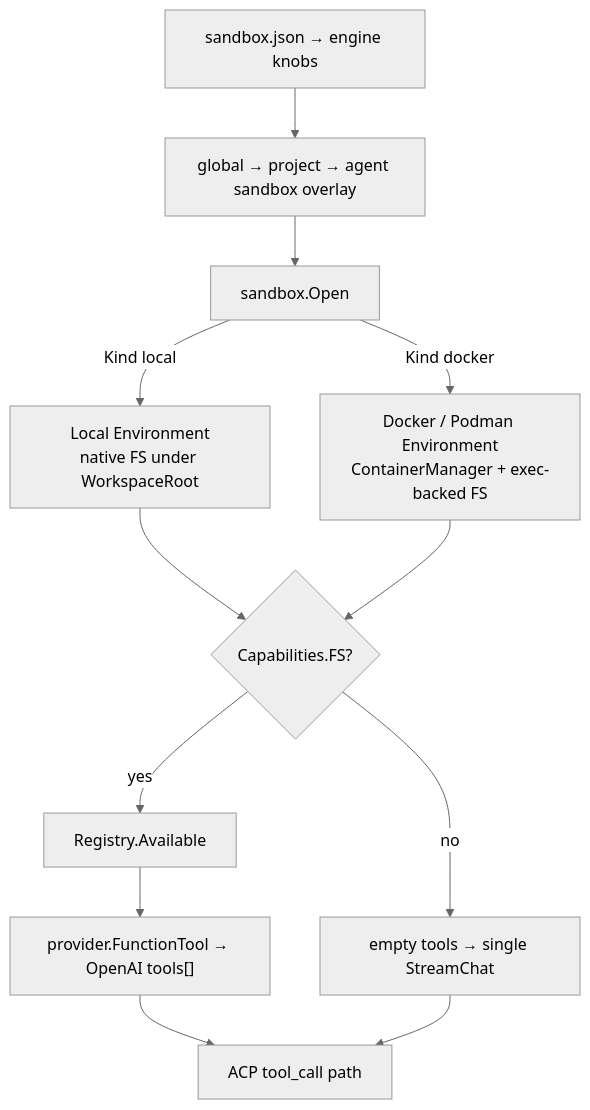
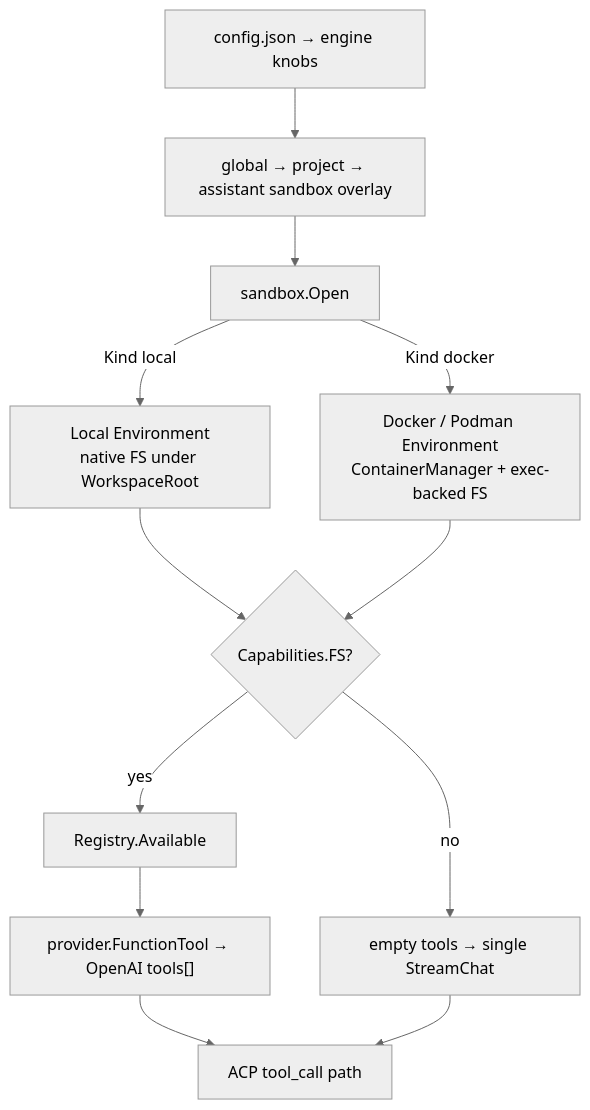
The fifth of 6 diagrams in docs/architecture.md (tryy3/agent-fabric), drawn with Mermaid (neutral theme) before and after one commit. The commit also changed other lines of this file and 149 other files, not shown here.

````diff
--- a/docs/architecture.md
+++ b/docs/architecture.md
@@ -245,14 +245,14 @@
 ```mermaid
 flowchart TB
-  Config["sandbox.json → engine knobs"] --> Overlay["global → project → agent sandbox overlay"]
+  Config["config.json → engine knobs"] --> Overlay["global → project → assistant sandbox overlay"]
   Overlay --> Open["sandbox.Open"]
   Open -->|Kind local| Local["Local Environment<br/>native FS under WorkspaceRoot"]
   Open -->|Kind docker| Docker["Docker / Podman Environment<br/>ContainerManager + exec-backed FS"]
   Local --> Caps{Capabilities.FS?}
   Docker --> Caps
   Caps -->|yes| Tools["Registry.Available"]
   Caps -->|no| None["empty tools → single StreamChat"]
   Tools --> Adapt["provider.FunctionTool → OpenAI tools[]"]
   Adapt --> SamePath["ACP tool_call path"]
   None --> SamePath
 ```
````
